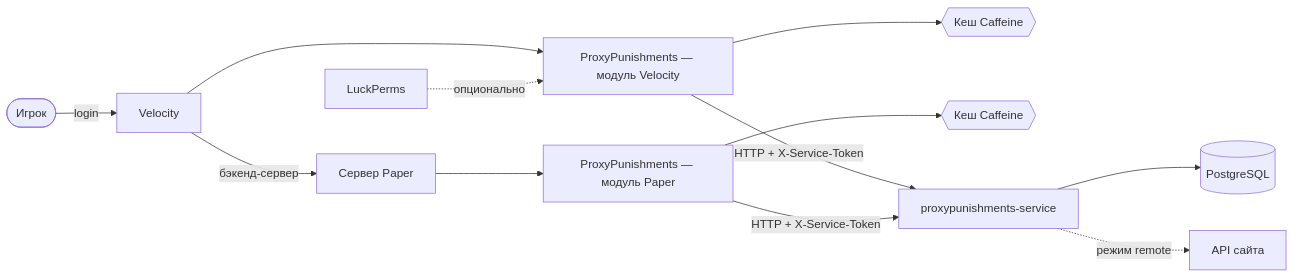
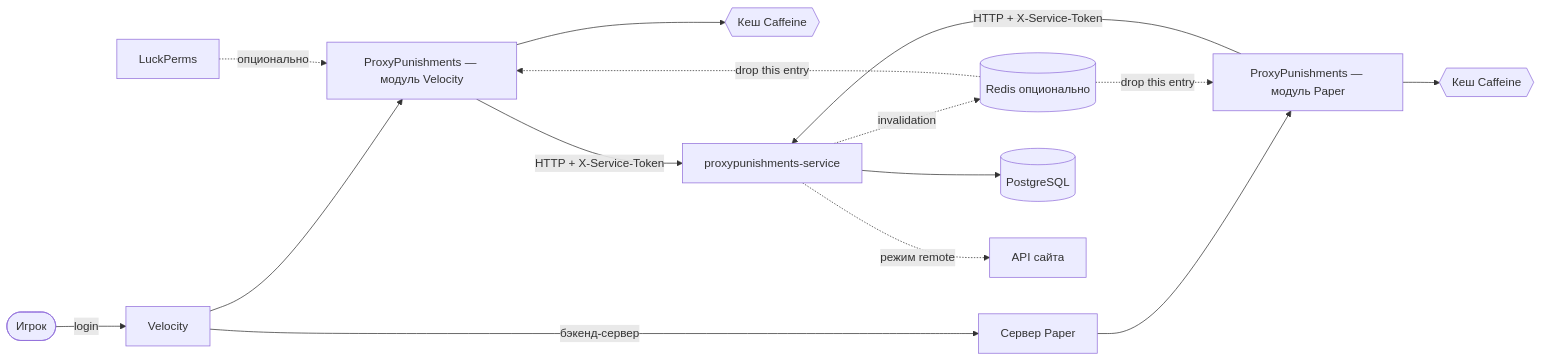
Before and after one commit to vanFEK/proxypunishments-plugin-example: the diagram in README.ru.md, drawn with Mermaid. The commit also changed other lines of this file and 59 other files, not shown here.

First line of the commit message:
feat: IP bans, alt lookup and cache invalidation over Redis

````diff
--- a/README.ru.md
+++ b/README.ru.md
@@ -23,14 +23,17 @@
 ```mermaid
 flowchart LR
     P([Игрок]) -->|login| V[Velocity]
     V --> PL[ProxyPunishments — модуль Velocity]
     V -->|бэкенд-сервер| B[Сервер Paper]
     B --> PP[ProxyPunishments — модуль Paper]
     PL --> C{{Кеш Caffeine}}
     PP --> C2{{Кеш Caffeine}}
     PL -->|HTTP + X-Service-Token| S[proxypunishments-service]
     PP -->|HTTP + X-Service-Token| S
+    S -.->|invalidation| R[(Redis опционально)]
+    R -.->|drop this entry| PL
+    R -.->|drop this entry| PP
     S --> DB[(PostgreSQL)]
     S -.->|режим remote| W[API сайта]
     LP[LuckPerms] -.->|опционально| PL
 ```
````
